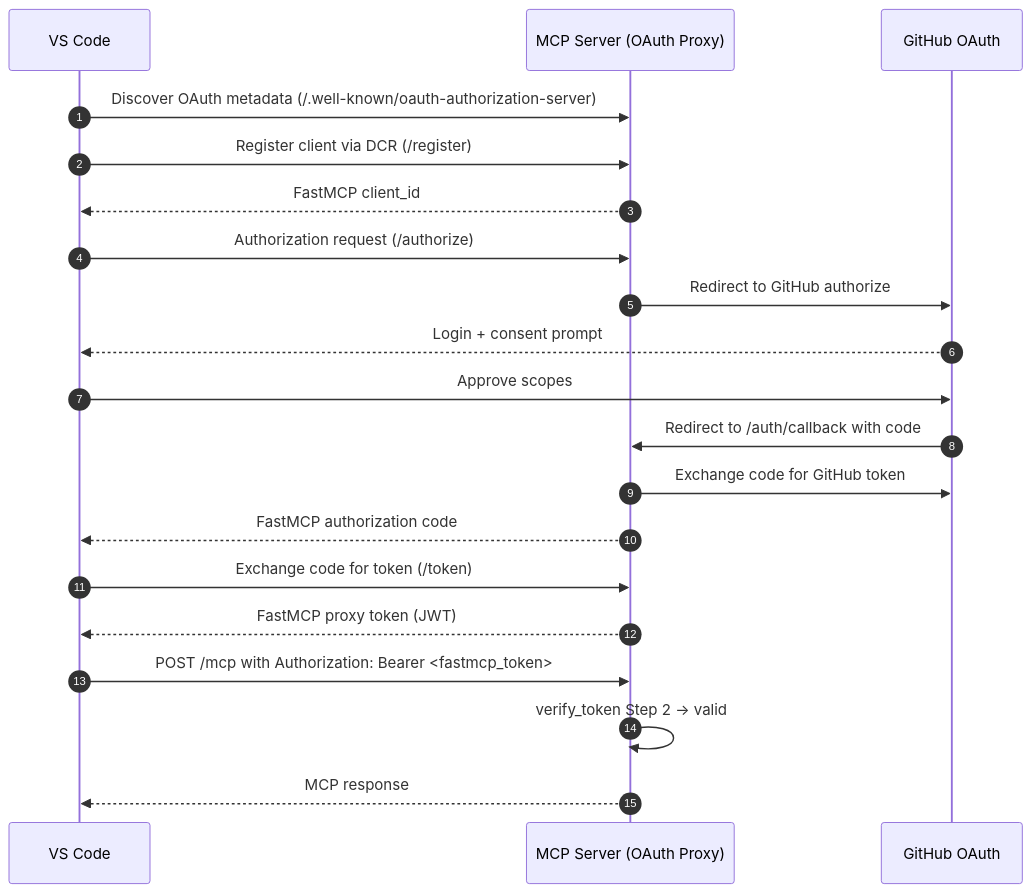
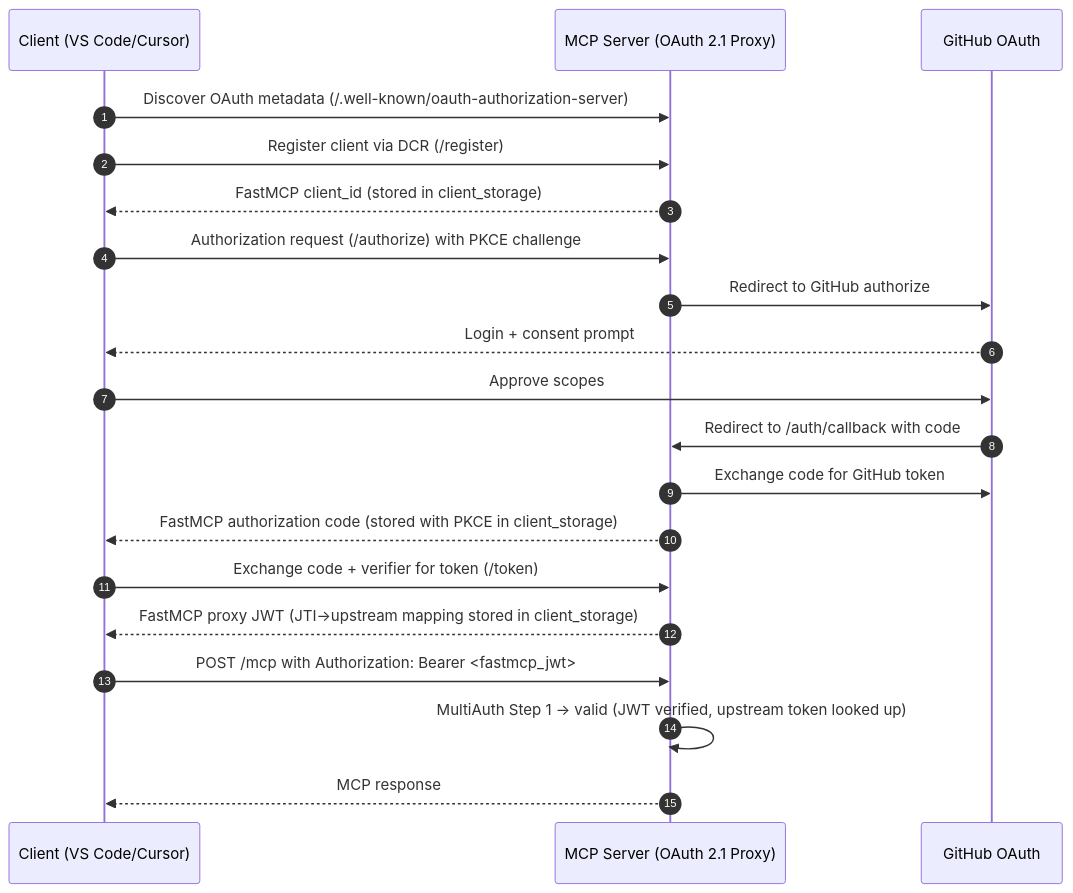
The first of 2 diagrams in docs/oauth-callback-workflows.md (lqdflying/MCP-Sample), drawn with Mermaid before and after one commit. The commit also changed other lines of this file and 9 other files, not shown here.

Commit message:
sync OAuth2.1 and 2.0 with latest fastMCP framwork

````diff
--- a/docs/oauth-callback-workflows.md
+++ b/docs/oauth-callback-workflows.md
@@ -50,23 +50,23 @@
 ```mermaid
 sequenceDiagram
     autonumber
-    participant C as VS Code
-    participant MCP as MCP Server (OAuth Proxy)
+    participant C as Client (VS Code/Cursor)
+    participant MCP as MCP Server (OAuth 2.1 Proxy)
     participant GH as GitHub OAuth
 
     C->>MCP: Discover OAuth metadata (/.well-known/oauth-authorization-server)
     C->>MCP: Register client via DCR (/register)
-    MCP-->>C: FastMCP client_id
-    C->>MCP: Authorization request (/authorize)
+    MCP-->>C: FastMCP client_id (stored in client_storage)
+    C->>MCP: Authorization request (/authorize) with PKCE challenge
     MCP->>GH: Redirect to GitHub authorize
     GH-->>C: Login + consent prompt
     C->>GH: Approve scopes
     GH->>MCP: Redirect to /auth/callback with code
     MCP->>GH: Exchange code for GitHub token
-    MCP-->>C: FastMCP authorization code
-    C->>MCP: Exchange code for token (/token)
-    MCP-->>C: FastMCP proxy token (JWT)
-    C->>MCP: POST /mcp with Authorization: Bearer <fastmcp_token>
-    MCP->>MCP: verify_token Step 2 → valid
+    MCP-->>C: FastMCP authorization code (stored with PKCE in client_storage)
+    C->>MCP: Exchange code + verifier for token (/token)
+    MCP-->>C: FastMCP proxy JWT (JTI→upstream mapping stored in client_storage)
+    C->>MCP: POST /mcp with Authorization: Bearer <fastmcp_jwt>
+    MCP->>MCP: MultiAuth Step 1 → valid (JWT verified, upstream token looked up)
     MCP-->>C: MCP response
 ```
````
